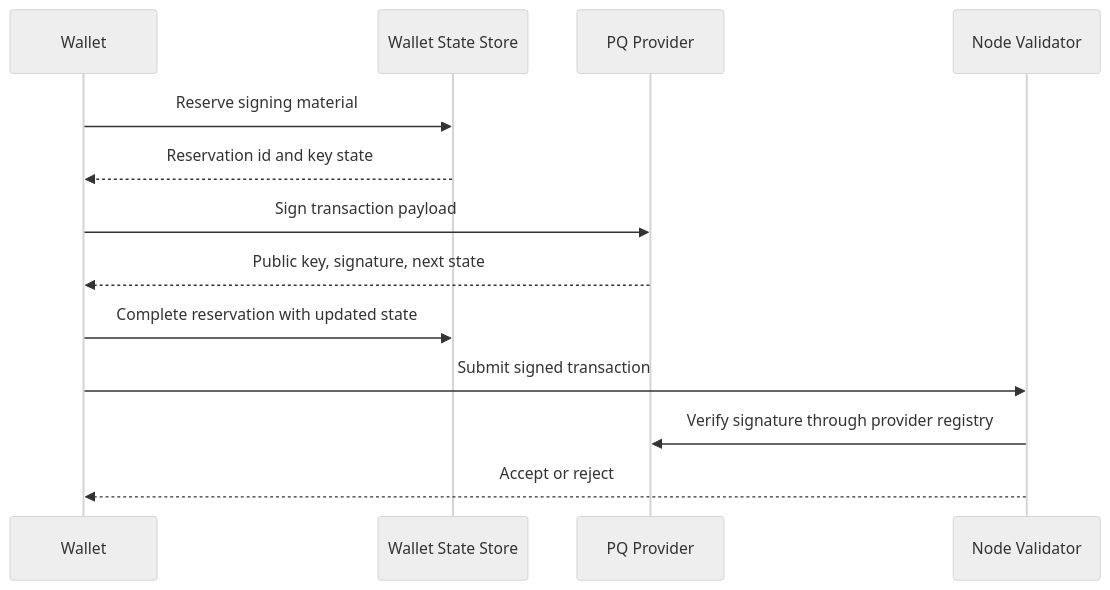
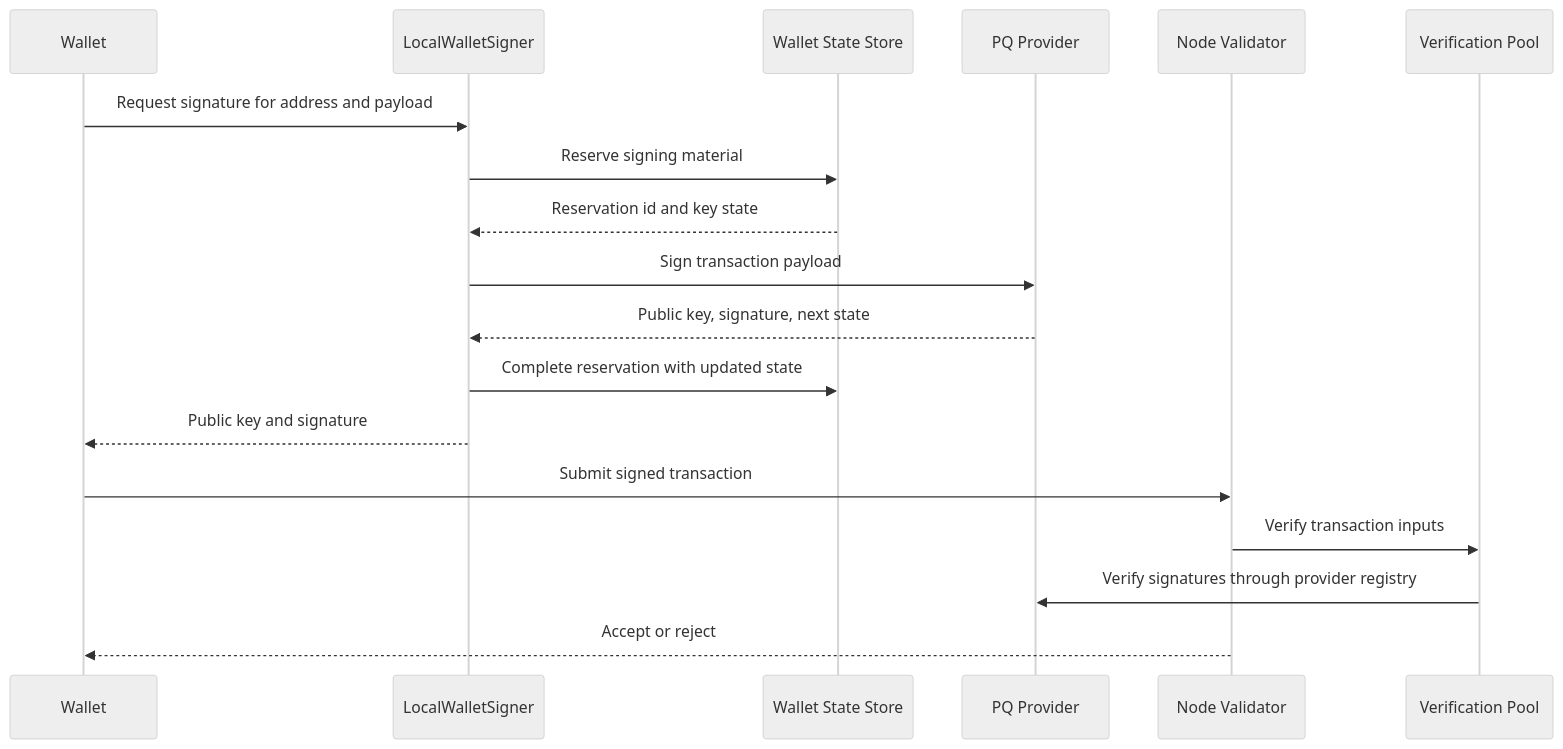
One commit to AhmedMohammed100/quantum-resistant-blockchain changed the sixth of 8 diagrams in README.md. Above: the diagram before and after it, drawn with Mermaid (neutral theme). The commit also changed other lines of this file and 27 other files, not shown here.

````diff
--- a/README.md
+++ b/README.md
@@ -217,16 +301,21 @@
 ```mermaid
 sequenceDiagram
     participant Wallet
+    participant Signer as LocalWalletSigner
     participant Store as Wallet State Store
     participant Provider as PQ Provider
     participant Node as Node Validator
+    participant Verify as Verification Pool
 
-    Wallet->>Store: Reserve signing material
-    Store-->>Wallet: Reservation id and key state
-    Wallet->>Provider: Sign transaction payload
-    Provider-->>Wallet: Public key, signature, next state
-    Wallet->>Store: Complete reservation with updated state
+    Wallet->>Signer: Request signature for address and payload
+    Signer->>Store: Reserve signing material
+    Store-->>Signer: Reservation id and key state
+    Signer->>Provider: Sign transaction payload
+    Provider-->>Signer: Public key, signature, next state
+    Signer->>Store: Complete reservation with updated state
+    Signer-->>Wallet: Public key and signature
     Wallet->>Node: Submit signed transaction
-    Node->>Provider: Verify signature through provider registry
+    Node->>Verify: Verify transaction inputs
+    Verify->>Provider: Verify signatures through provider registry
     Node-->>Wallet: Accept or reject
 ```
````
